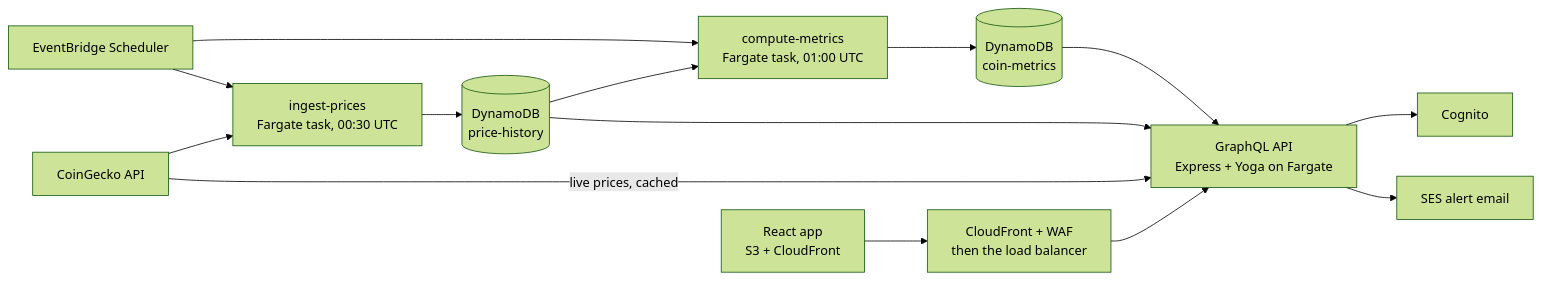
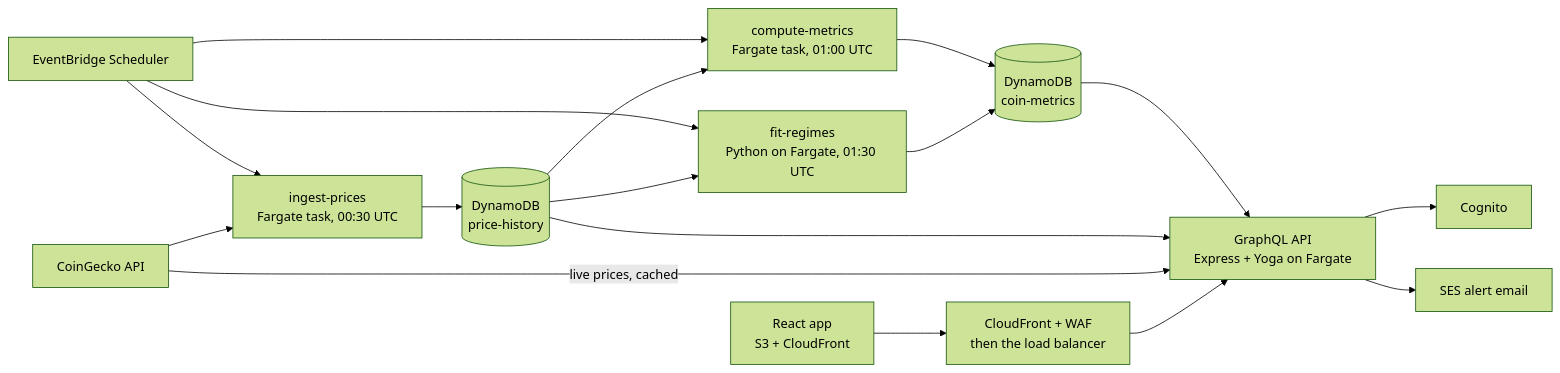
Before and after one commit to sshikora/crypto-analytics: the diagram in README.md, drawn with Mermaid (forest theme). The commit also changed other lines of this file and 17 other files, not shown here.

````diff
--- a/README.md
+++ b/README.md
@@ -86,22 +103,25 @@
 ```mermaid
 flowchart LR
   CG[CoinGecko API]
   SCH[EventBridge Scheduler]
   ING["ingest-prices<br/>Fargate task, 00:30 UTC"]
   CM["compute-metrics<br/>Fargate task, 01:00 UTC"]
+  FR["fit-regimes<br/>Python on Fargate, 01:30 UTC"]
   PH[("DynamoDB<br/>price-history")]
   MET[("DynamoDB<br/>coin-metrics")]
   API["GraphQL API<br/>Express + Yoga on Fargate"]
   EDGE["CloudFront + WAF<br/>then the load balancer"]
   WEB["React app<br/>S3 + CloudFront"]
 
   SCH --> ING
   SCH --> CM
+  SCH --> FR
   CG --> ING --> PH --> CM --> MET
+  PH --> FR --> MET
   MET --> API
   PH --> API
   CG -->|live prices, cached| API
   WEB --> EDGE --> API
   API --> COG[Cognito]
   API --> SES[SES alert email]
 ```
````
